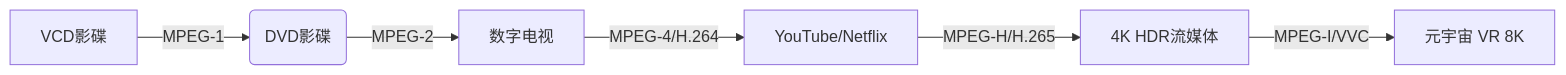
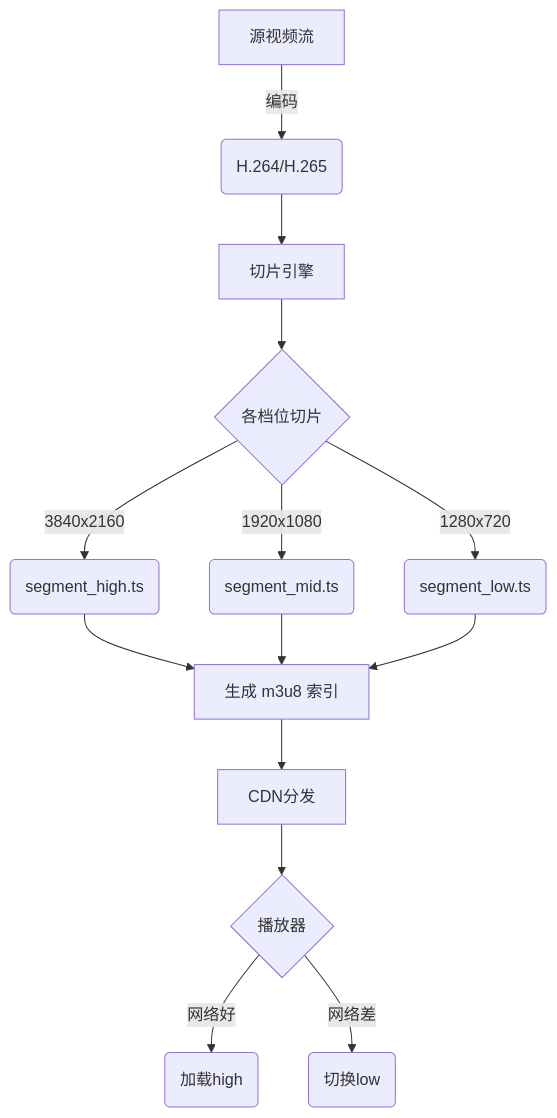
The second of 2 diagrams in AI的回答们/FFmpeg多媒体处理强大工具.md (CHENJIAMIAN/Blog), drawn with Mermaid before and after one commit. The commit also changed other lines of this file, not shown here.

````diff
--- a/AI的回答们/FFmpeg多媒体处理强大工具.md
+++ b/AI的回答们/FFmpeg多媒体处理强大工具.md
@@ -49,8 +53,13 @@
 ```mermaid
-graph LR
-  A[VCD影碟] -->|MPEG-1| B(DVD影碟)
-  B -->|MPEG-2| C[数字电视]
-  C -->|MPEG-4/H.264| D[YouTube/Netflix]
-  D -->|MPEG-H/H.265| E[4K HDR流媒体]
-  E -->|MPEG-I/VVC| F[元宇宙 VR 8K]
+graph TB
+    A[源视频流] -->|编码| B(H.264/H.265)
+    B --> C[切片引擎] --> D{各档位切片}
+    D -->|3840x2160| E1(segment_high.ts)
+    D -->|1920x1080| E2(segment_mid.ts)
+    D -->|1280x720| E3(segment_low.ts)
+    E1 & E2 & E3 --> F[生成 m3u8 索引]
+    F --> G[CDN分发]
+    G --> H{播放器} 
+    H -->|网络好| I(加载high)
+    H -->|网络差| J(切换low)
 ```
````
